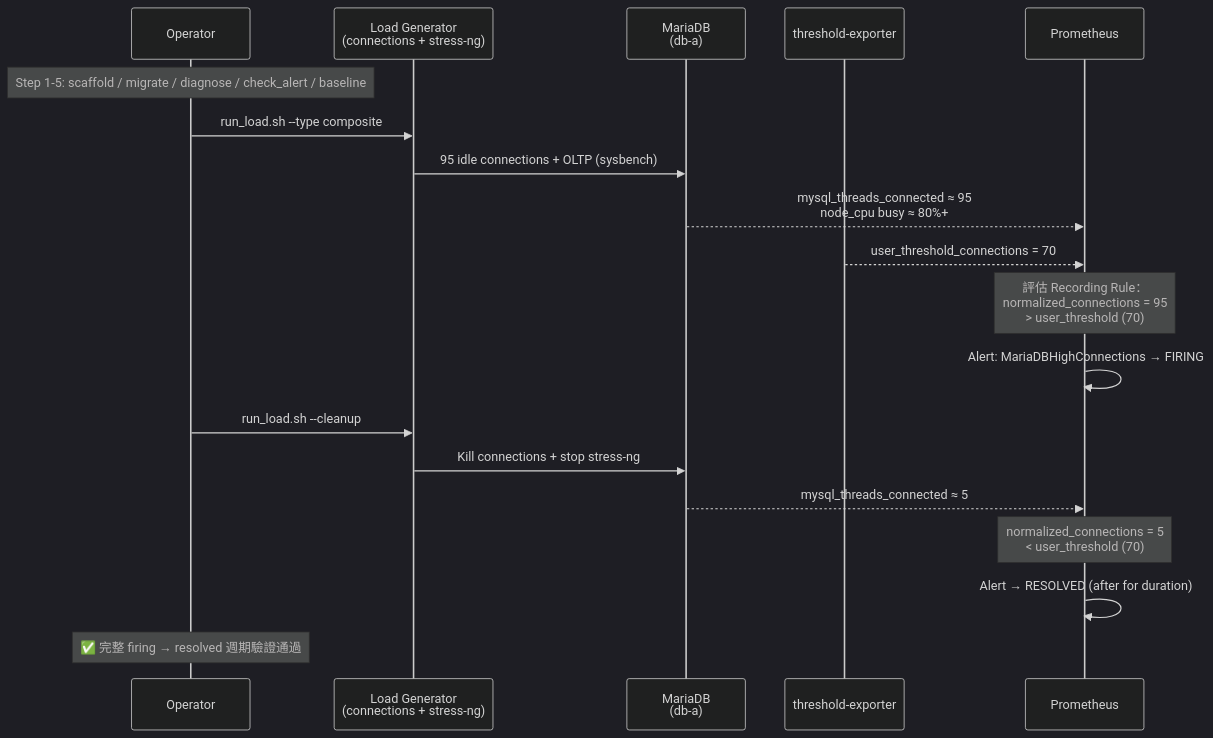
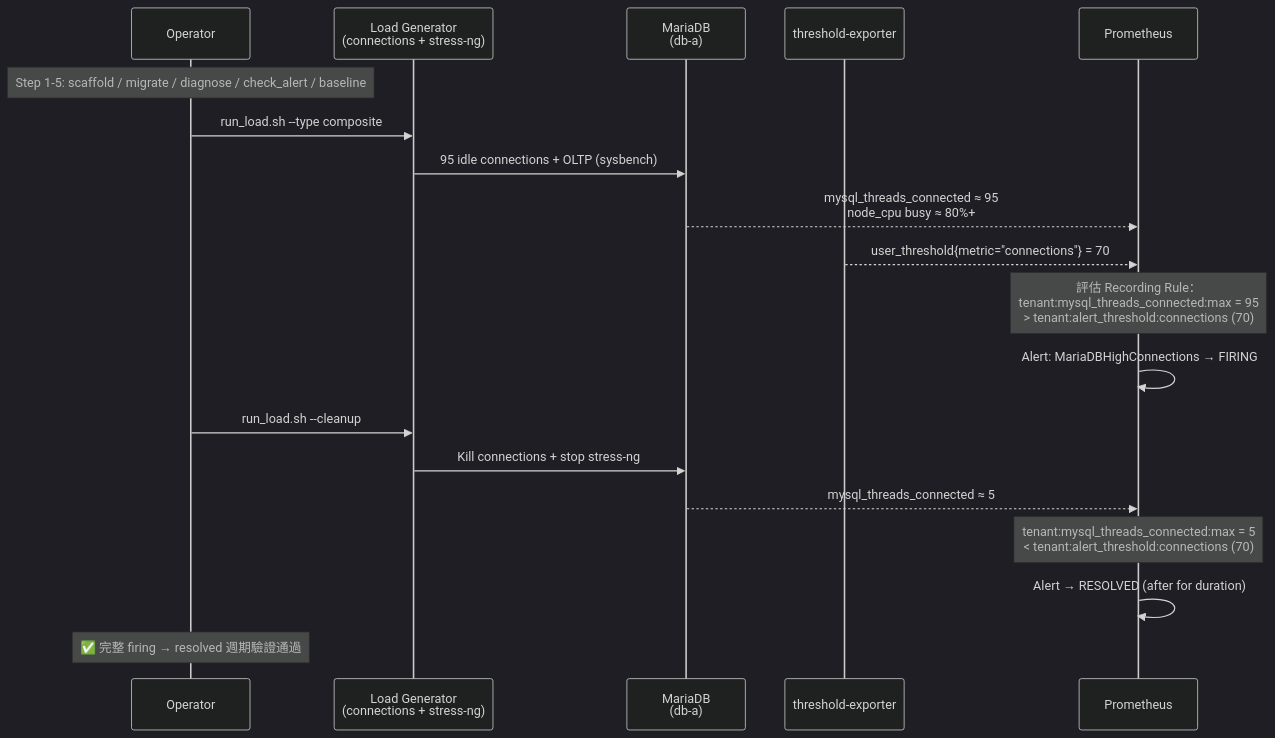
The third of 6 diagrams in docs/architecture-and-design.md (vencil/Dynamic-Alerting-Integrations), drawn with Mermaid (dark theme) before and after one commit. The commit also changed other lines of this file and 35 other files, not shown here.

````diff
--- a/docs/architecture-and-design.md
+++ b/docs/architecture-and-design.md
@@ -760,28 +903,28 @@
 ```mermaid
 sequenceDiagram
     participant Op as Operator
     participant LG as Load Generator<br/>(connections + stress-ng)
     participant DB as MariaDB<br/>(db-a)
     participant TE as threshold-exporter
     participant PM as Prometheus
 
     Note over Op: Step 1-5: scaffold / migrate / diagnose / check_alert / baseline
 
     Op->>LG: run_load.sh --type composite
     LG->>DB: 95 idle connections + OLTP (sysbench)
     DB-->>PM: mysql_threads_connected ≈ 95<br/>node_cpu busy ≈ 80%+
-    TE-->>PM: user_threshold_connections = 70
+    TE-->>PM: user_threshold{metric="connections"} = 70
 
-    Note over PM: 評估 Recording Rule：<br/>normalized_connections = 95<br/>> user_threshold (70)
+    Note over PM: 評估 Recording Rule：<br/>tenant:mysql_threads_connected:max = 95<br/>> tenant:alert_threshold:connections (70)
 
     PM->>PM: Alert: MariaDBHighConnections → FIRING
 
     Op->>LG: run_load.sh --cleanup
     LG->>DB: Kill connections + stop stress-ng
     DB-->>PM: mysql_threads_connected ≈ 5
 
-    Note over PM: normalized_connections = 5<br/>< user_threshold (70)
+    Note over PM: tenant:mysql_threads_connected:max = 5<br/>< tenant:alert_threshold:connections (70)
 
     PM->>PM: Alert → RESOLVED (after for duration)
     Note over Op: ✅ 完整 firing → resolved 週期驗證通過
 ```
````
